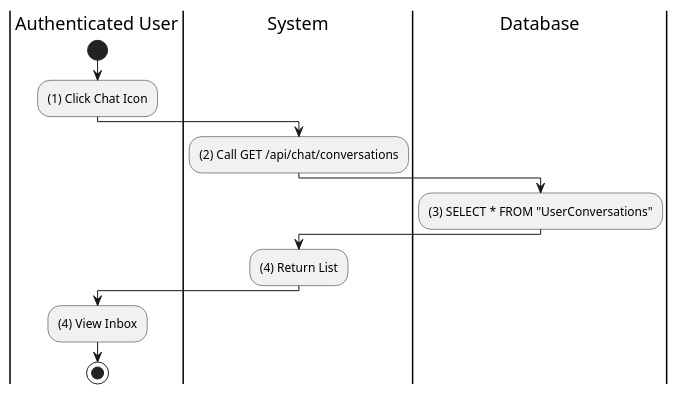
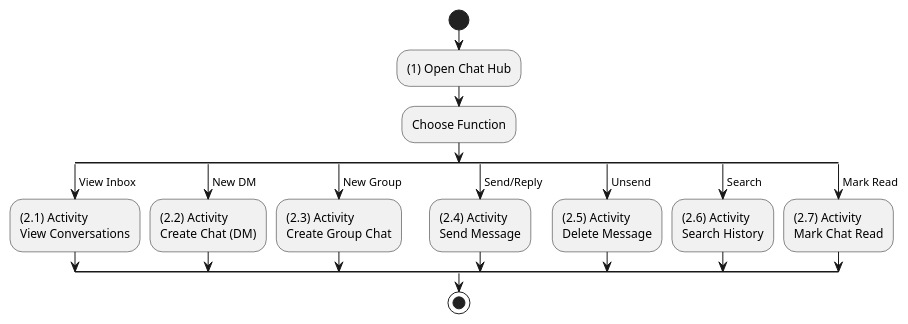
The first of 16 diagrams in UC_2.1.7_Chat.md (I-Love-U-3000/Favi-BE), drawn with PlantUML before and after one commit. The commit also changed other lines of this file and 36 other files, not shown here.

````diff
--- a/UC_2.1.7_Chat.md
+++ b/UC_2.1.7_Chat.md
@@ -35,16 +30,31 @@
 ```plantuml
 @startuml
-|Authenticated User|
+|User|
 start
-:(1) Click Chat Icon;
-|System|
-:(2) Call GET /api/chat/conversations;
-|Database|
-:(3) SELECT * FROM "UserConversations";
-|System|
-:(4) Return List;
-|Authenticated User|
-:(4) View Inbox;
+:(1) Open Chat Hub;
+:Choose Function;
+split
+    -> View Inbox;
+    :(2.1) Activity\nView Conversations;
+split again
+    -> New DM;
+    :(2.2) Activity\nCreate Chat (DM);
+split again
+    -> New Group;
+    :(2.3) Activity\nCreate Group Chat;
+split again
+    -> Send/Reply;
+    :(2.4) Activity\nSend Message;
+split again
+    -> Unsend;
+    :(2.5) Activity\nDelete Message;
+split again
+    -> Search;
+    :(2.6) Activity\nSearch History;
+split again
+    -> Mark Read;
+    :(2.7) Activity\nMark Chat Read;
+end split
 stop
 @enduml
 ```
````
